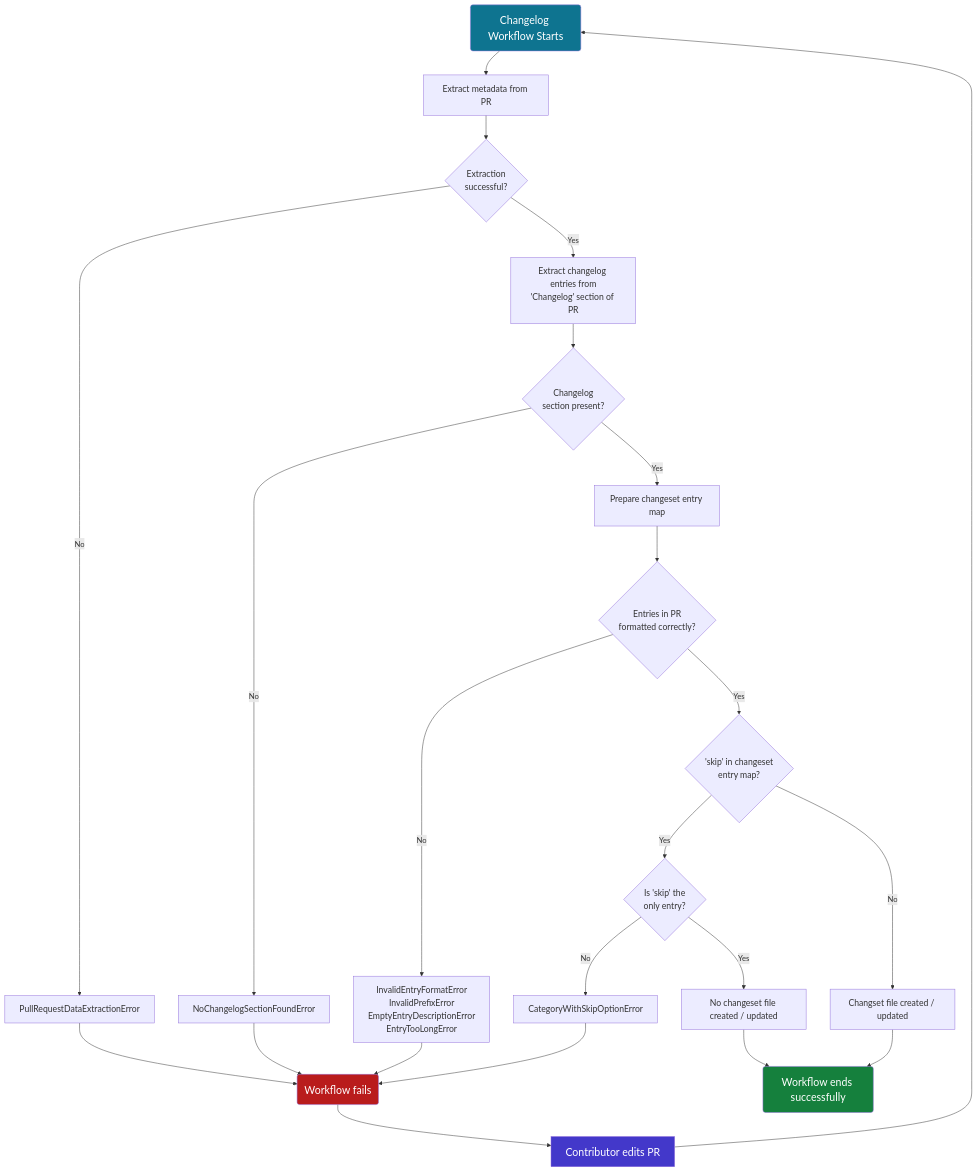
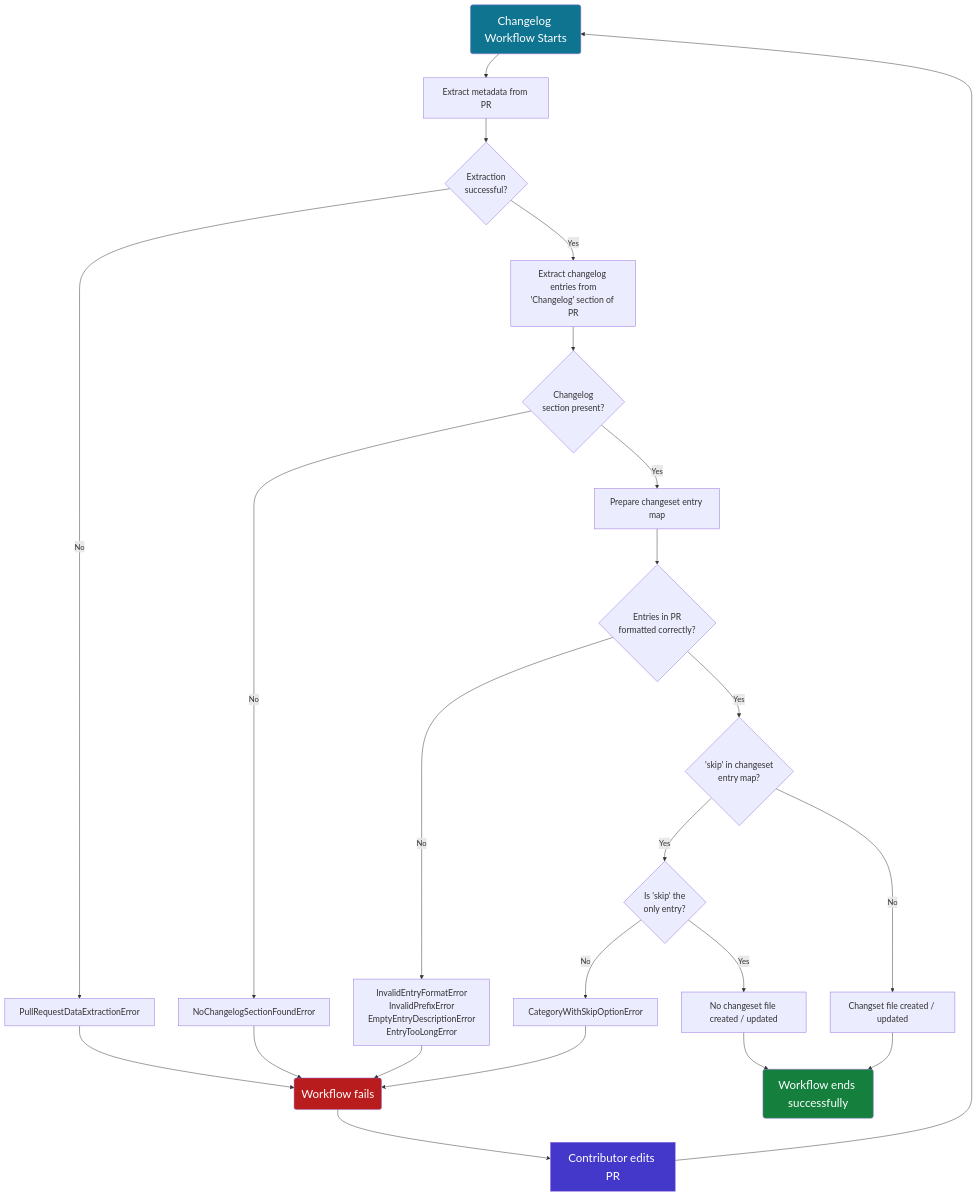
The diagram in README.md (ashwin-pc/OpenSearch_Changelog_Workflow), drawn with Mermaid before and after one commit.

Commit message:
update in mermeid flowchart

````diff
--- a/README.md
+++ b/README.md
@@ -114,36 +114,36 @@
 ```mermaid
   flowchart TD;
     A(Changelog Workflow Starts) --> B[Extract metadata from PR]
     B --> C{Extraction \nsuccessful?}
     C --> |Yes| G[Extract changelog entries from\n'Changelog' section of PR]
     C --> |No| D[PullRequestDataExtractionError]
     D --> E(Workflow fails)
     E --> F[Contributor edits PR]
     F --> A
     G --> H{Changelog \nsection present?}
     H --> |Yes| J[Prepare changeset entry map]
     J --> J1{Entries in PR \nformatted correctly?}
     H --> |No| I[NoChangelogSectionFoundError]
     I --> E
     J1 --> |Yes| K{'skip' in changeset \n entry map?}
     J1 --> |No| L[InvalidEntryFormatError\nInvalidPrefixError\nEmptyEntryDescriptionError\nEntryTooLongError]
     L --> E
     K --> |Yes| M{Is 'skip' the \nonly entry?}
     K --> |No| N[Changset file created / updated]
     M --> |Yes| O[No changeset file created / updated]
     M --> |No| Q[CategoryWithSkipOptionError]
     Q --> E
     O --> P
     N --> P(Workflow ends successfully)
 
-    classDef largeFont font-size:22px;
+    classDef largeFont font-size:24px;
     classDef mediumFont font-size:18px;
 
     style A fill:#0e7490,color:white
     style E fill:#b91c1c,color:white
     style F fill:#4338ca,color:white
     style P fill:#15803d,color:white
 
     class A,E,F,P largeFont;
     class B,C,D,G,H,I,J,J1,K,L,M,N,O,Q mediumFont;
 ```
````
